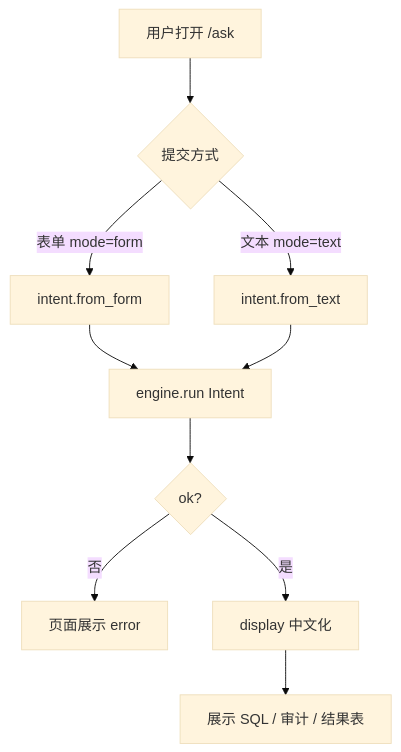
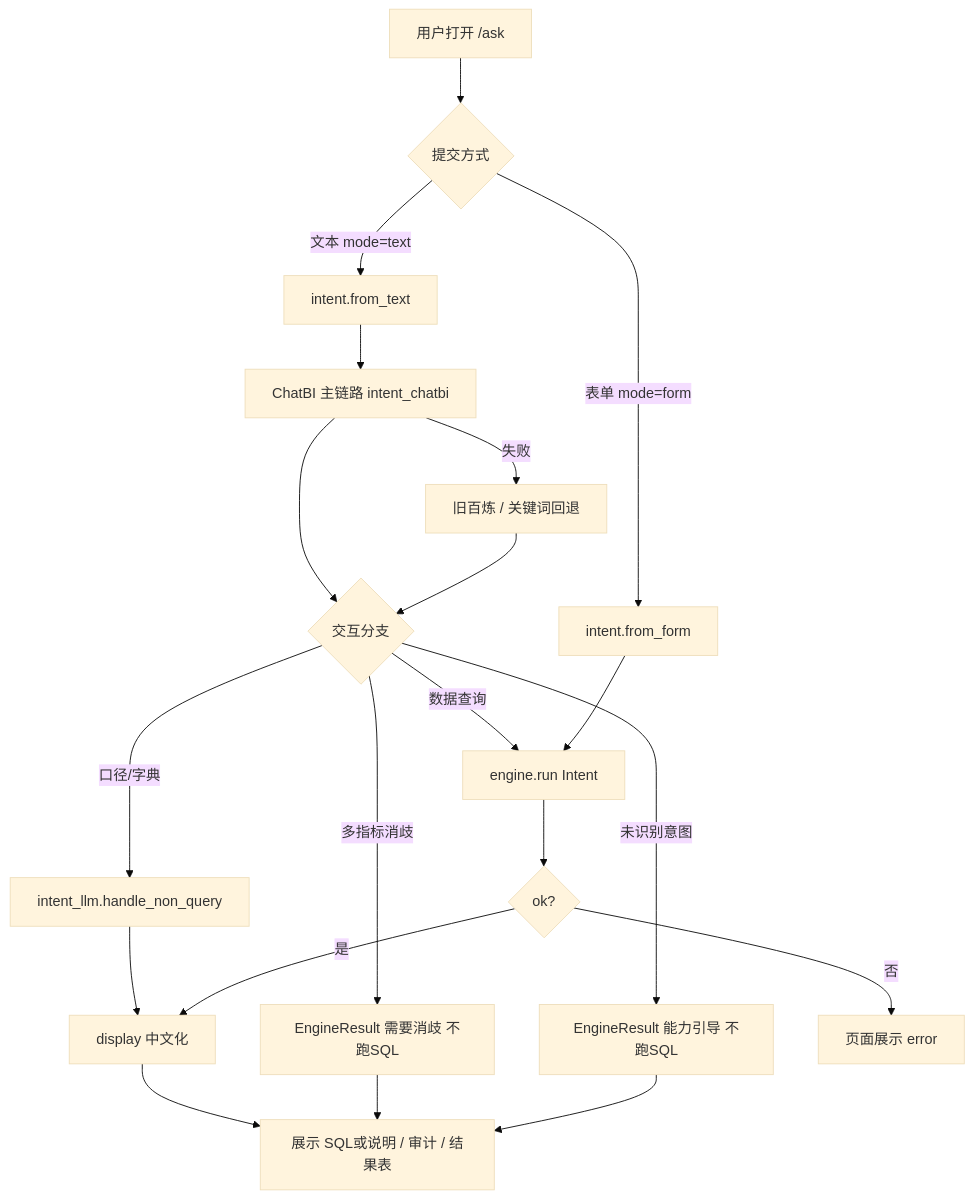
Diagram 12 of 16 in doc/05_详细设计_Flask与实现.md (huanglin983/askdata), drawn with Mermaid (base theme) before and after one commit. The commit also changed other lines of this file and 6 other files, not shown here.

````diff
--- a/doc/05_详细设计_Flask与实现.md
+++ b/doc/05_详细设计_Flask与实现.md
@@ -559,12 +586,22 @@
 ```mermaid
 flowchart TD
   A[用户打开 /ask] --> B{提交方式}
   B -->|表单 mode=form| C[intent.from_form]
   B -->|文本 mode=text| D[intent.from_text]
-  C --> E[engine.run Intent]
-  D --> E
+  D --> D1[ChatBI 主链路 intent_chatbi]
+  D1 -->|失败| D2[旧百炼 / 关键词回退]
+  D1 --> E0{交互分支}
+  D2 --> E0
+  E0 -->|多指标消歧| G1[EngineResult 需要消歧 不跑SQL]
+  E0 -->|未识别意图| G2[EngineResult 能力引导 不跑SQL]
+  E0 -->|口径/字典| NQ[intent_llm.handle_non_query]
+  E0 -->|数据查询| E[engine.run Intent]
+  C --> E
+  NQ --> H[display 中文化]
   E --> F{ok?}
   F -->|否| G[页面展示 error]
-  F -->|是| H[display 中文化]
-  H --> I[展示 SQL / 审计 / 结果表]
+  F -->|是| H
+  H --> I[展示 SQL或说明 / 审计 / 结果表]
+  G1 --> I
+  G2 --> I
 ```
````
